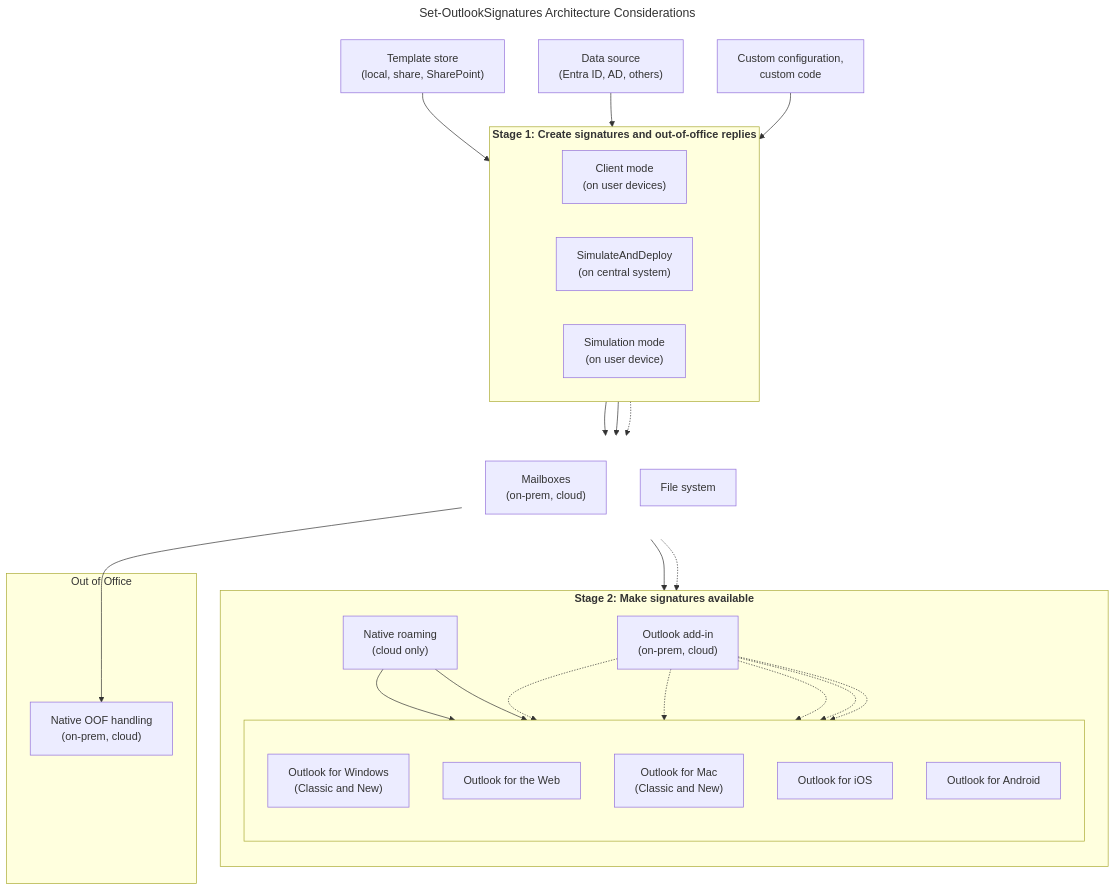
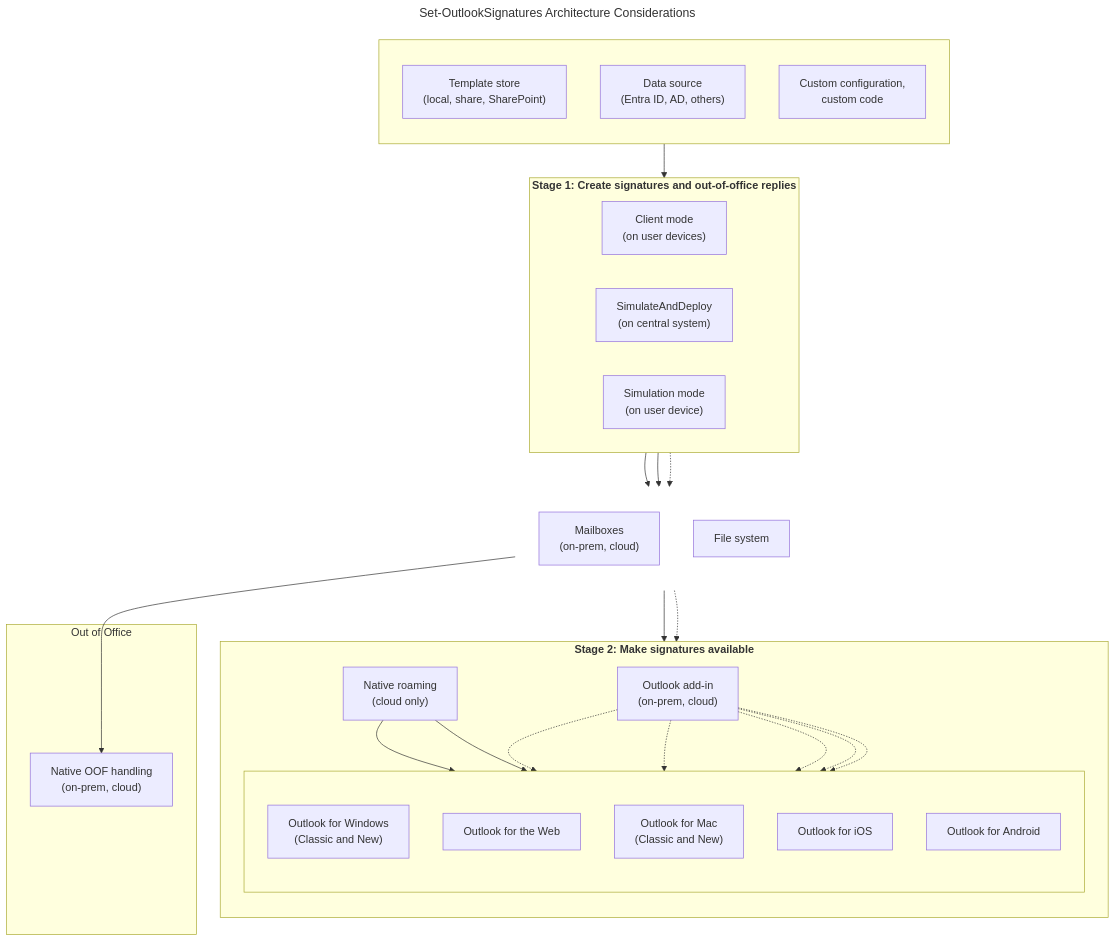
One commit to ExplicITConsulting/set-outlooksignatures.com changed the diagram in details.en.md. Above: the diagram before and after it, drawn with Mermaid.

Commit message:
docs(details): Rephrasing

````diff
--- a/details.en.md
+++ b/details.en.md
@@ -96,63 +96,62 @@
 ```mermaid
 ---
 title: Set-OutlookSignatures Architecture Considerations
 ---
 flowchart TB
     classDef invisible fill:none,stroke:none;
 
-    templatestore["Template store<br/>(local, share, SharePoint)"]
-
-    datasource["Data source<br/>(Entra ID, AD, others)"]
-
-    config["Custom configuration,<br/>custom code"]
+    subgraph inputs [" "]
+        direction TB
+        templatestore["Template store<br/>(local, share, SharePoint)"]
+        datasource["Data source<br/>(Entra ID, AD, others)"]
+        config["Custom configuration,<br/>custom code"]
+    end
 
     subgraph gen ["<b>Stage 1: Create signatures and out-of-office replies</b>"]
         direction LR
         clientmode["Client mode<br>(on user devices)"]
         simulateanddeploy["SimulateAndDeploy<br>(on central system)"]
         simulate["Simulation mode<br>(on user device)"]
     end
 
     subgraph mid [" "]
         direction TB
         mailbox["Mailboxes<br>(on-prem, cloud)"]
         filesystem["File system"]
     end
 
     subgraph avail ["<b>Stage 2: Make signatures available</b>"]
         direction TB
 
         roam["Native roaming<br>(cloud only)"]
         addin["Outlook add-in<br>(on-prem, cloud)"]
 
         subgraph outlookeditions [" "]
             direction TB
             WinOutlook["Outlook for Windows<br>(Classic and New)"]
             WebOutlook["Outlook for the Web"]
             Mac["Outlook for Mac<br>(Classic and New)"]
             iOS["Outlook for iOS"]
             Android["Outlook for Android"]
         end
     end
 
     subgraph oofbox["Out of Office"]
         oof["Native OOF handling<br>(on-prem, cloud)"]
     end
 
     class mid invisible;
 
-    templatestore --> gen
-    datasource --> gen
-    config --> gen
+    inputs --> gen
 
     clientmode --> mailbox
     simulateanddeploy --> mailbox
     simulate -.-> filesystem
     
     mailbox --> roam
     mailbox --> oof
     mailbox -.-> addin
 
     roam --> WinOutlook & WebOutlook
     addin -.-> WinOutlook & WebOutlook & Mac & iOS & Android
 ```
````
